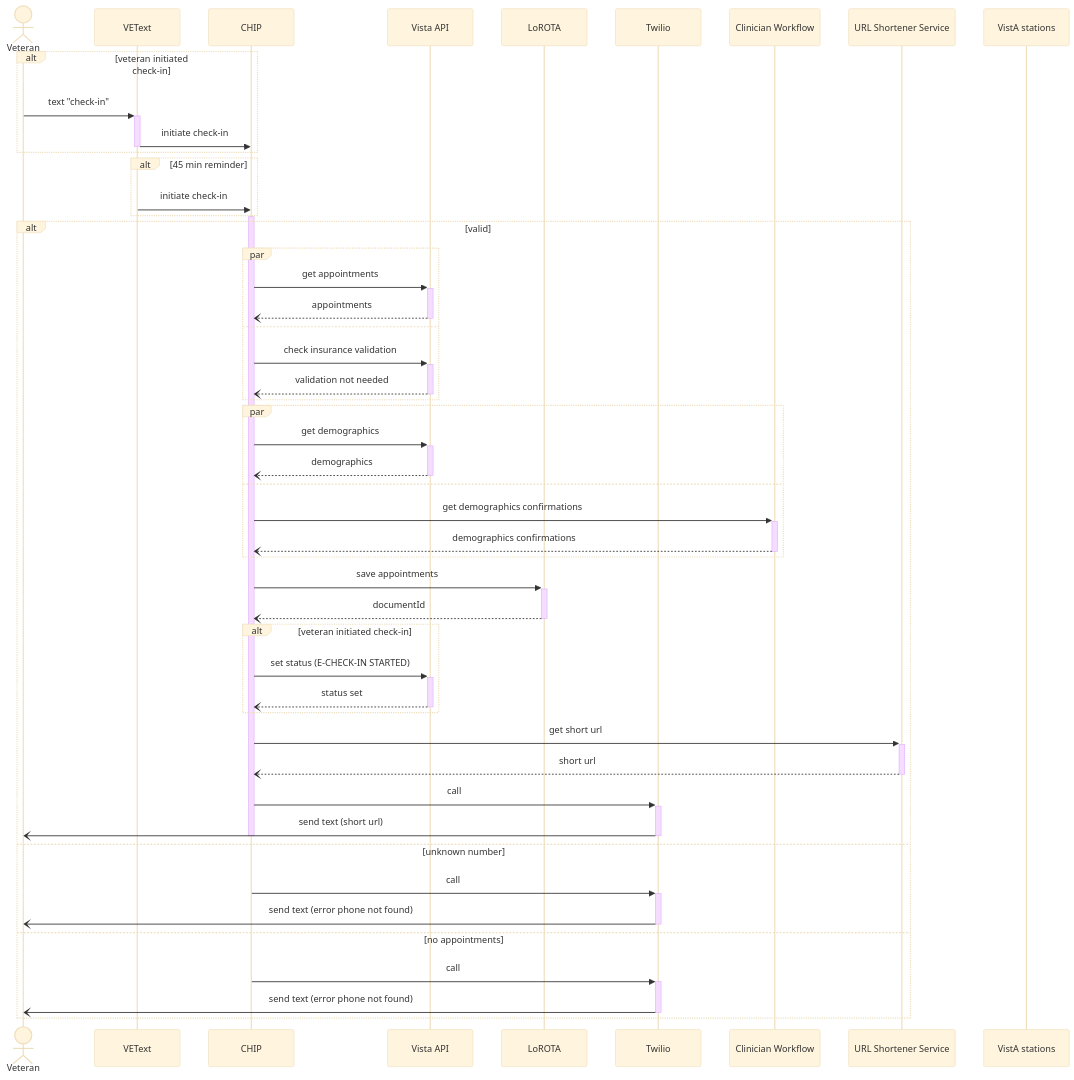
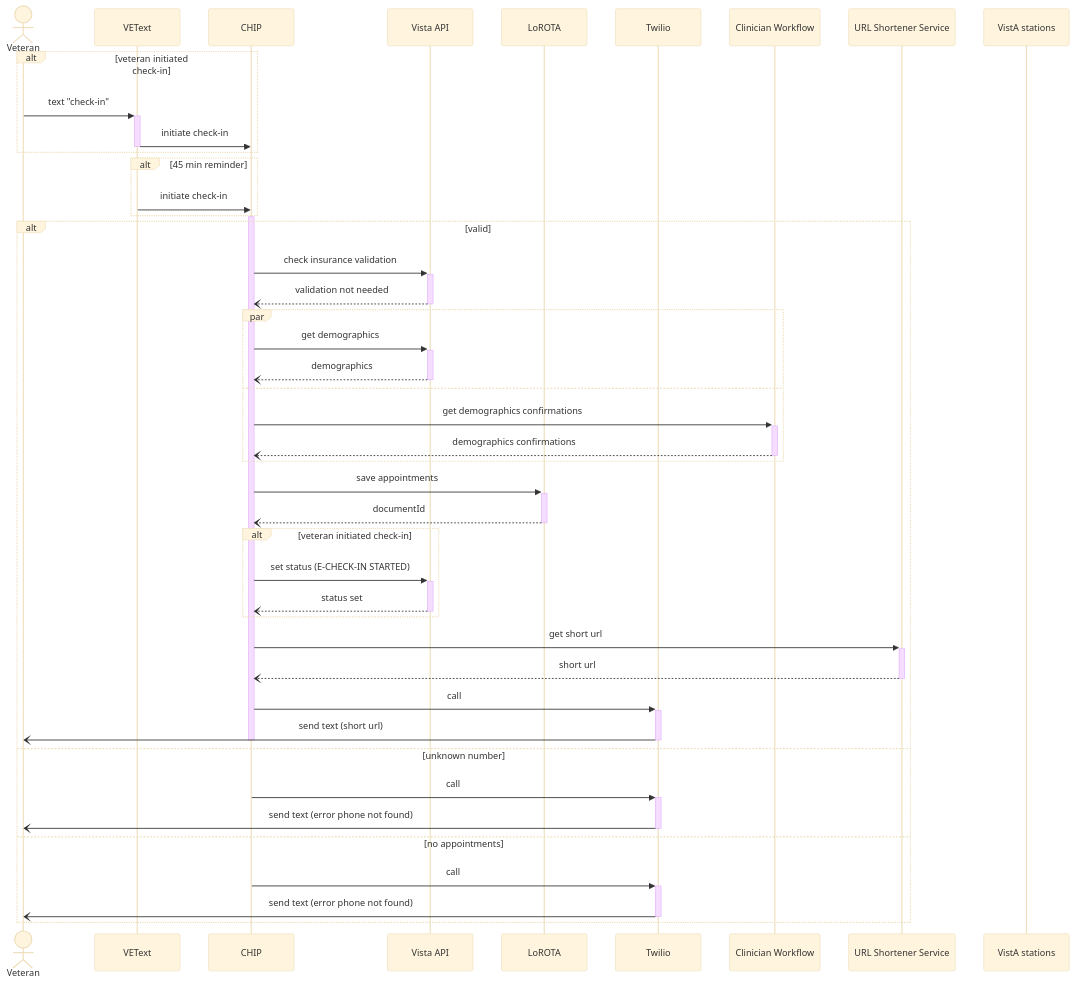
Before and after one commit to department-of-veterans-affairs/va.gov-team: the first of 4 diagrams in products/health-care/checkin/engineering/architecture-diagrams/sequenceDiagram_checkInExp.md, drawn with Mermaid (base theme).

````diff
--- a/products/health-care/checkin/engineering/architecture-diagrams/sequenceDiagram_checkInExp.md
+++ b/products/health-care/checkin/engineering/architecture-diagrams/sequenceDiagram_checkInExp.md
@@ -10,54 +10,49 @@
 ```mermaid
 sequenceDiagram
     actor vet as Veteran
     participant vt as VEText
     participant c as CHIP
     participant va as Vista API
     participant l as LoROTA
     participant t as Twilio
     participant cw as Clinician Workflow
     participant url as URL Shortener Service
     participant vas as VistA stations
 
     alt veteran initiated check-in
     vet->>+vt: text "check-in"
     vt->>-c: initiate check-in
     end
     alt 45 min reminder
     vt->>c: initiate check-in
     end
     activate c
     alt valid
-      par
-        c->>+va: get appointments
-        va--)-c: appointments
-      and
-        c->>+va: check insurance validation
-        va--)-c: validation not needed
-      end
+      c->>+va: check insurance validation
+      va--)-c: validation not needed
       par
         c->>+va: get demographics
         va--)-c: demographics
       and
         c->>+cw: get demographics confirmations
         cw--)-c: demographics confirmations
       end
         c->>+l: save appointments
         l--)-c: documentId
         alt veteran initiated check-in
             c->>+va: set status (E-CHECK-IN STARTED)
             va--)-c: status set
         end
         c->>+url: get short url
         url--)-c: short url
         c->>+t: call
         t-)-vet: send text (short url)
         deactivate c
     else unknown number
         c->>+t: call
         t-)-vet: send text (error phone not found)
     else no appointments
         c->>+t: call
         t-)-vet: send text (error phone not found)
     end
 ```
````
